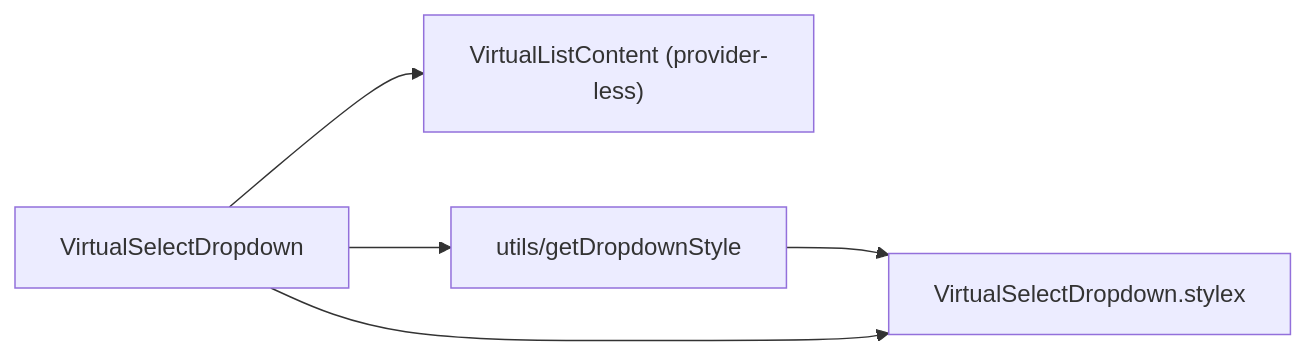
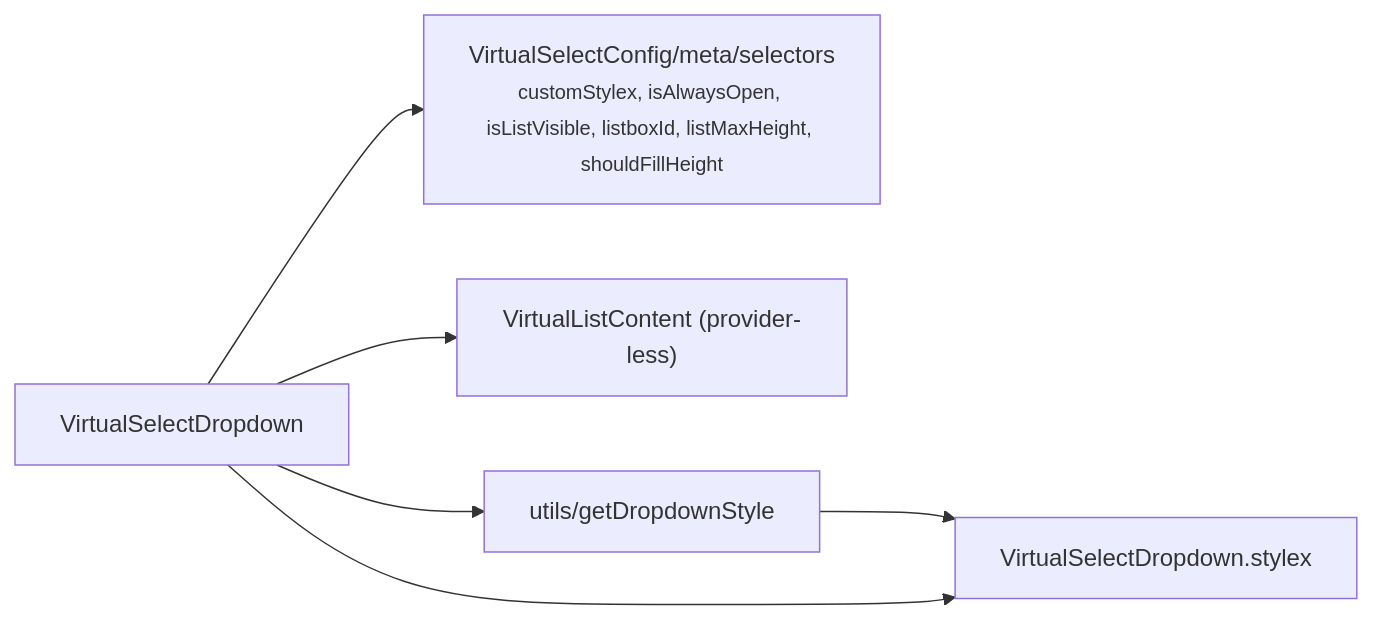
Before and after one commit to luciocabrera/lcabrera-stack: the diagram in packages/ui/src/components/VirtualSelect/VirtualSelectDropdown/ARCHITECTURE.md, drawn with Mermaid. The commit also changed other lines of this file and 68 other files, not shown here.

First line of the commit message:
feat: Refactor VirtualSelect to use context for metadata management

````diff
--- a/packages/ui/src/components/VirtualSelect/VirtualSelectDropdown/ARCHITECTURE.md
+++ b/packages/ui/src/components/VirtualSelect/VirtualSelectDropdown/ARCHITECTURE.md
@@ -22,7 +21,8 @@
 ```mermaid
 graph LR
-  VSD["VirtualSelectDropdown"] --> VLC["VirtualListContent (provider-less)"]
+  VSD["VirtualSelectDropdown"] --> MSEL["VirtualSelectConfig/meta/selectors\n<small>customStylex, isAlwaysOpen, isListVisible, listboxId, listMaxHeight, shouldFillHeight</small>"]
+  VSD --> VLC["VirtualListContent (provider-less)"]
   VSD --> GDS["utils/getDropdownStyle"]
   GDS --> VSD_stylex["VirtualSelectDropdown.stylex"]
   VSD --> VSD_stylex
 ```
````
